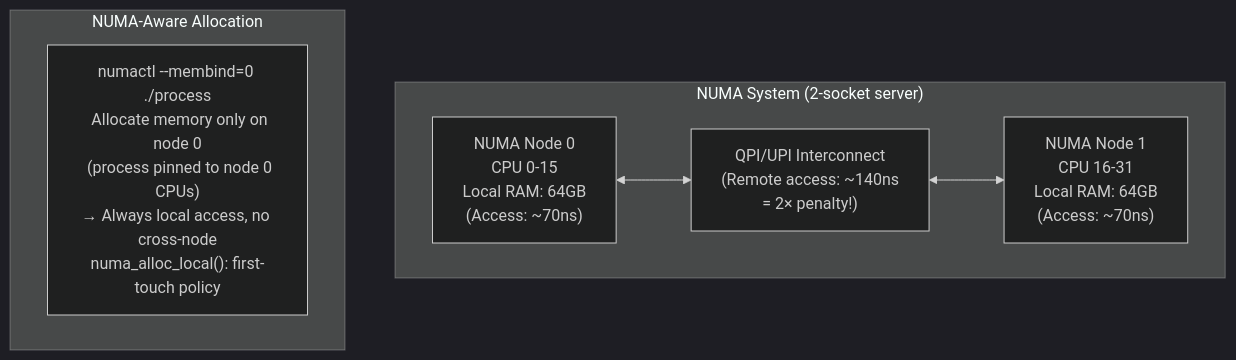
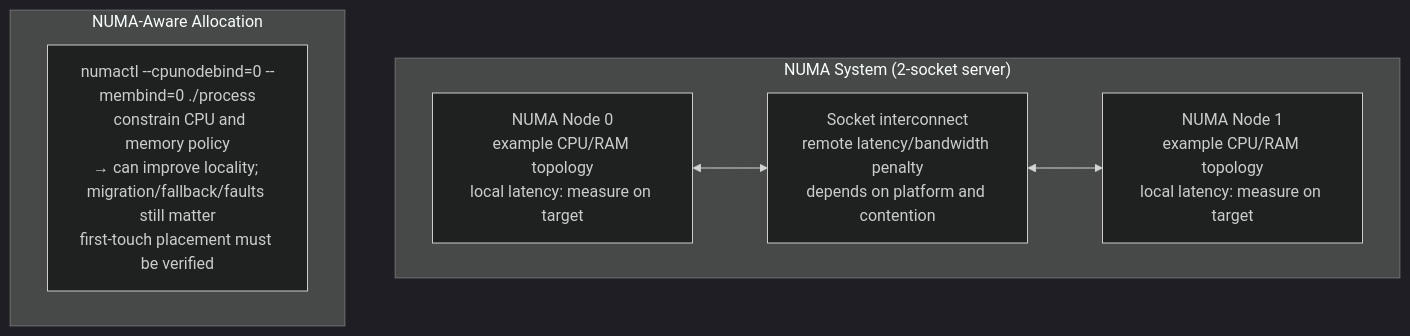
One commit to choisimo/document changed diagram 14 of 18 in content/docs/books/cs-reference/ko/systems-programming-internals.md. Above: the diagram before and after it, drawn with Mermaid (dark theme). The commit also changed other lines of this file and 504 other files, not shown here.

````diff
--- a/content/docs/books/cs-reference/ko/systems-programming-internals.md
+++ b/content/docs/books/cs-reference/ko/systems-programming-internals.md
@@ -276,12 +288,12 @@
 ```mermaid
 flowchart TD
     subgraph "NUMA System (2-socket server)"
-        NODE0["NUMA Node 0\nCPU 0-15\nLocal RAM: 64GB\n(Access: ~70ns)"]
-        NODE1["NUMA Node 1\nCPU 16-31\nLocal RAM: 64GB\n(Access: ~70ns)"]
-        INTERCO["QPI/UPI Interconnect\n(Remote access: ~140ns\n= 2× penalty!)"]
+        NODE0["NUMA Node 0\nexample CPU/RAM topology\nlocal latency: measure on target"]
+        NODE1["NUMA Node 1\nexample CPU/RAM topology\nlocal latency: measure on target"]
+        INTERCO["Socket interconnect\nremote latency/bandwidth penalty\ndepends on platform and contention"]
         NODE0 <--> INTERCO <--> NODE1
     end
     subgraph "NUMA-Aware Allocation"
-        POLICY["numactl --membind=0 ./process\n  Allocate memory only on node 0\n  (process pinned to node 0 CPUs)\n→ Always local access, no cross-node\nnuma_alloc_local(): first-touch policy"]
+        POLICY["numactl --cpunodebind=0 --membind=0 ./process\n  constrain CPU and memory policy\n→ can improve locality; migration/fallback/faults still matter\nfirst-touch placement must be verified"]
     end
 ```
````
